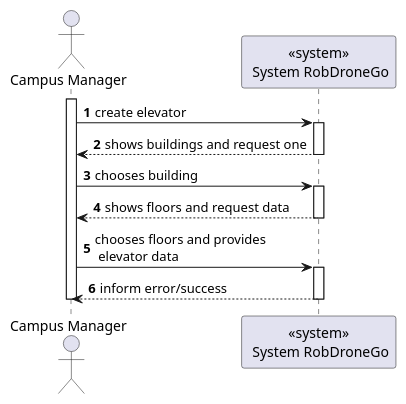
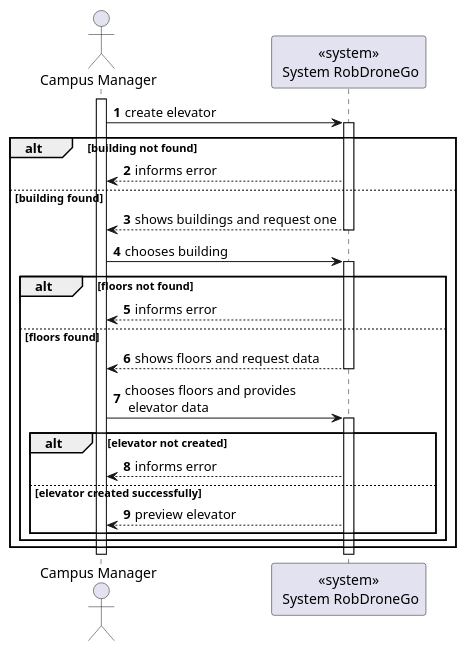
One commit to Departamento-de-Engenharia-Informatica/lapr5-23-24-g19 changed the diagram in docs/us1130/level1/process-view.puml. Above: the diagram before and after it, drawn with PlantUML. The commit also changed 5 other files, not shown here.

```diff
--- a/docs/us1130/level1/process-view.puml
+++ b/docs/us1130/level1/process-view.puml
@@ -1,26 +1,41 @@
 @startuml
 autonumber
 
 actor "Campus Manager" as usr
 
 participant "<<system>>\n System RobDroneGo" as sys
 
 activate usr
     usr -> sys : create elevator
     activate sys
+
+    alt building not found
+        sys --> usr : informs error
+    else building found
         sys --> usr : shows buildings and request one
     deactivate sys
 
     usr -> sys : chooses building
     activate sys
+
+    alt floors not found
+        sys --> usr : informs error
+    else floors found
         sys --> usr: shows floors and request data
-
     deactivate sys
 
     usr -> sys : chooses floors and provides\n elevator data
     activate sys
-    sys --> usr : inform error/success
+
+    alt elevator not created
+        sys --> usr : informs error
+    else elevator created successfully
+        sys --> usr : preview elevator
+
+            end
+        end
+    end
     deactivate sys
 deactivate usr
 
 @enduml
```
